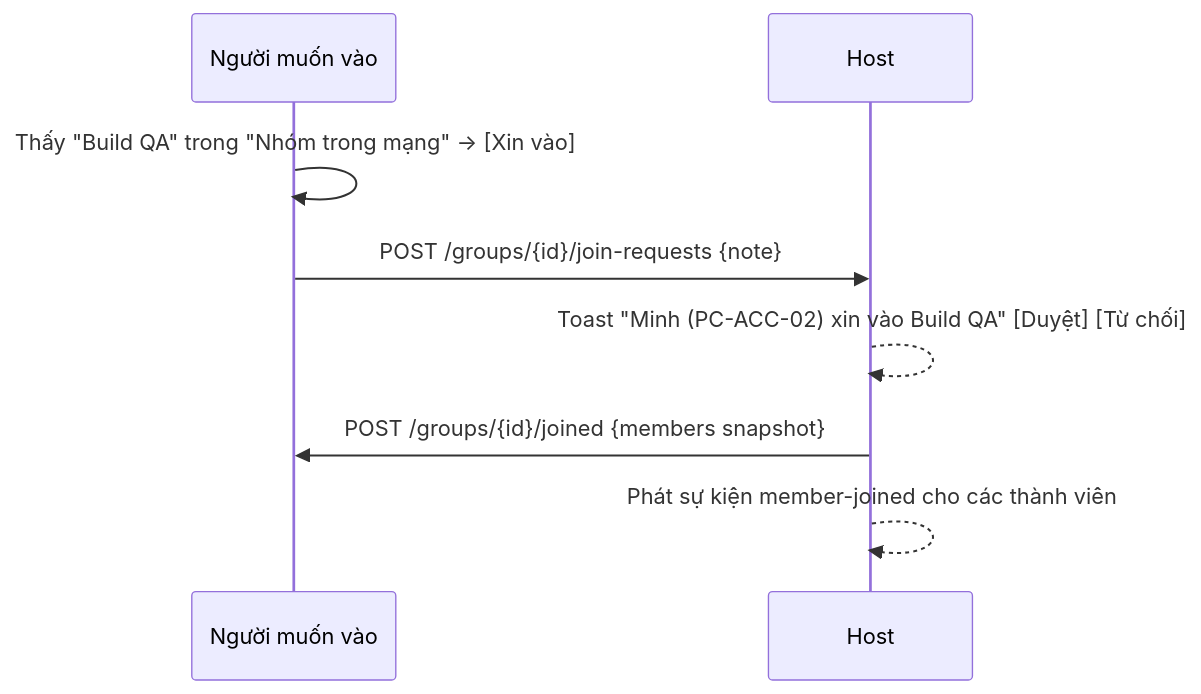
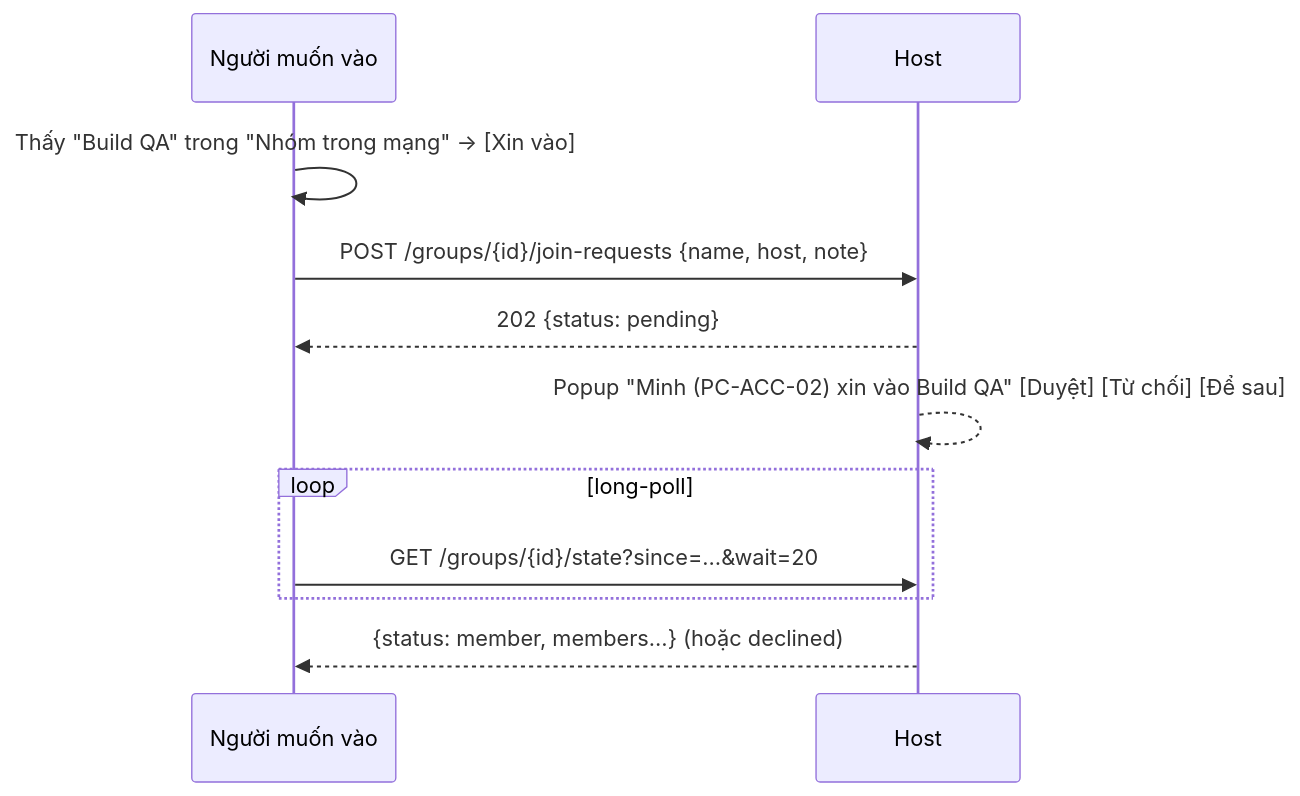
The diagram in docs/07-groups.md (dolehuy00/Shore), drawn with Mermaid before and after one commit. The commit also changed other lines of this file and 41 other files, not shown here.

````diff
--- a/docs/07-groups.md
+++ b/docs/07-groups.md
@@ -23,10 +23,13 @@
 ```mermaid
 sequenceDiagram
     participant X as Người muốn vào
     participant H as Host
     X->>X: Thấy "Build QA" trong "Nhóm trong mạng" → [Xin vào]
-    X->>H: POST /groups/{id}/join-requests {note}
-    H-->>H: Toast "Minh (PC-ACC-02) xin vào Build QA" [Duyệt] [Từ chối]
-    H->>X: POST /groups/{id}/joined {members snapshot}
-    H-->>H: Phát sự kiện member-joined cho các thành viên
+    X->>H: POST /groups/{id}/join-requests {name, host, note}
+    H-->>X: 202 {status: pending}
+    H-->>H: Popup "Minh (PC-ACC-02) xin vào Build QA" [Duyệt] [Từ chối] [Để sau]
+    loop long-poll
+        X->>H: GET /groups/{id}/state?since=…&wait=20
+    end
+    H-->>X: {status: member, members…} (hoặc declined)
 ```
````
